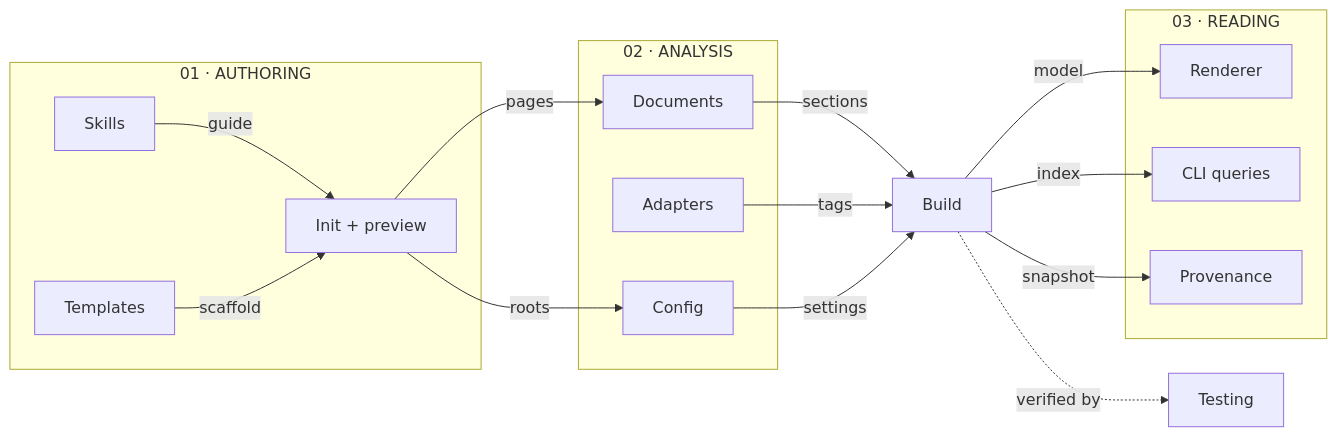
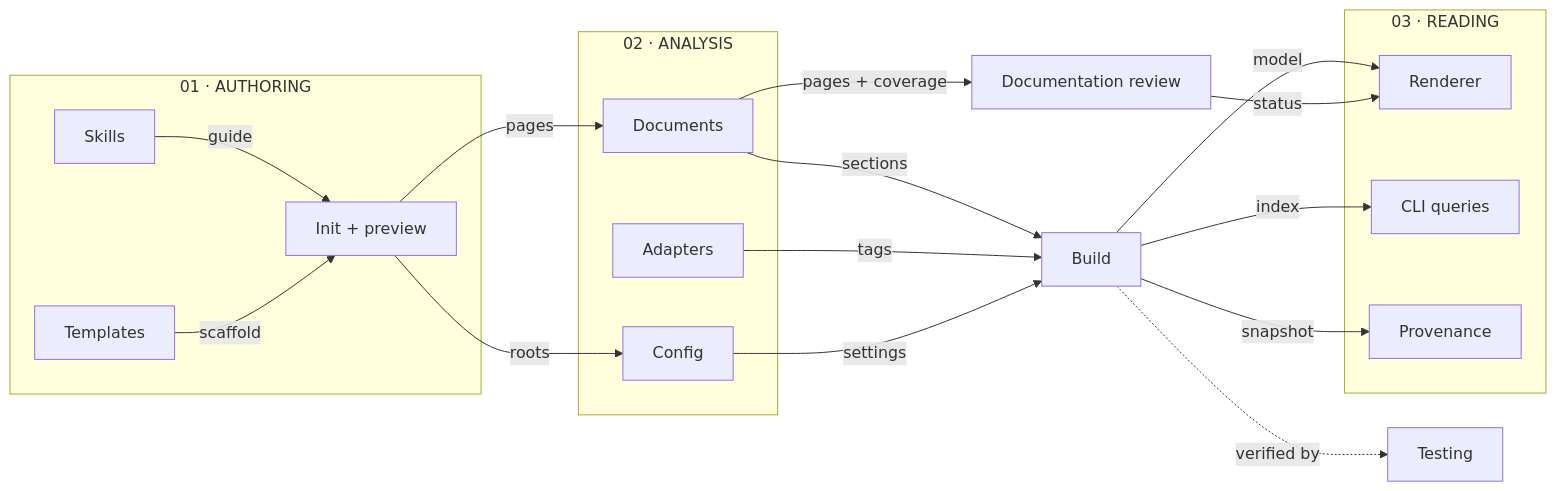
Before and after one commit to Lizhou31/codewiki: the diagram in codewiki/wiki/architecture.md, drawn with Mermaid. The commit also changed other lines of this file and 37 other files, not shown here.

Commit message:
feat: add content-based documentation reviews and CI checks

````diff
--- a/codewiki/wiki/architecture.md
+++ b/codewiki/wiki/architecture.md
@@ -34,26 +35,28 @@
 ```mermaid
 flowchart LR
   subgraph authoring_layer["01 · AUTHORING"]
     skills["Skills"] -->|guide| authoring["Init + preview"]
     templates["Templates"] -->|scaffold| authoring
   end
   subgraph core_layer["02 · ANALYSIS"]
     documents["Documents"]
     languages["Adapters"]
     config["Config"]
   end
   subgraph reading_layer["03 · READING"]
     renderer["Renderer"]
     queries["CLI queries"]
     history["Provenance"]
   end
   authoring -->|pages| documents
   authoring -->|roots| config
   documents -->|sections| build["Build"]
   languages -->|tags| build
   config -->|settings| build
   build -->|model| renderer
   build -->|index| queries
   build -->|snapshot| history
   build -.->|verified by| testing["Testing"]
+  documents -->|pages + coverage| reviews["Documentation review"]
+  reviews -->|status| renderer
 ```
````
